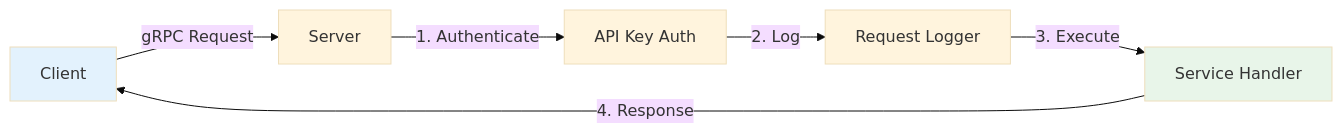
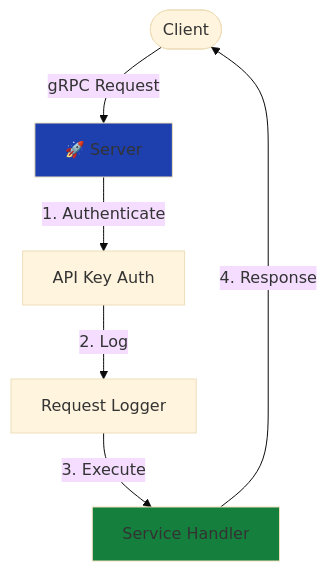
One commit to markolofsen/django-cfg changed the second of 7 diagrams in docs/features/integrations/grpc/index.md. Above: the diagram before and after it, drawn with Mermaid (base theme). The commit also changed other lines of this file and 10 other files, not shown here.

First line of the commit message:
feat(grpc): improve gRPC server visualization and configuration

````diff
--- a/docs/features/integrations/grpc/index.md
+++ b/docs/features/integrations/grpc/index.md
@@ -328,11 +328,11 @@
 ```mermaid
-graph LR
-    A[Client] -->|gRPC Request| B[Server]
+graph TB
+    A([Client]) -->|gRPC Request| B["🚀 Server"]
     B -->|1. Authenticate| C[API Key Auth]
     C -->|2. Log| D[Request Logger]
     D -->|3. Execute| E[Service Handler]
     E -->|4. Response| A
 
-    style A fill:#e3f2fd
-    style E fill:#e8f5e9
+    style B fill:#1e40af
+    style E fill:#15803d
 ```
````
